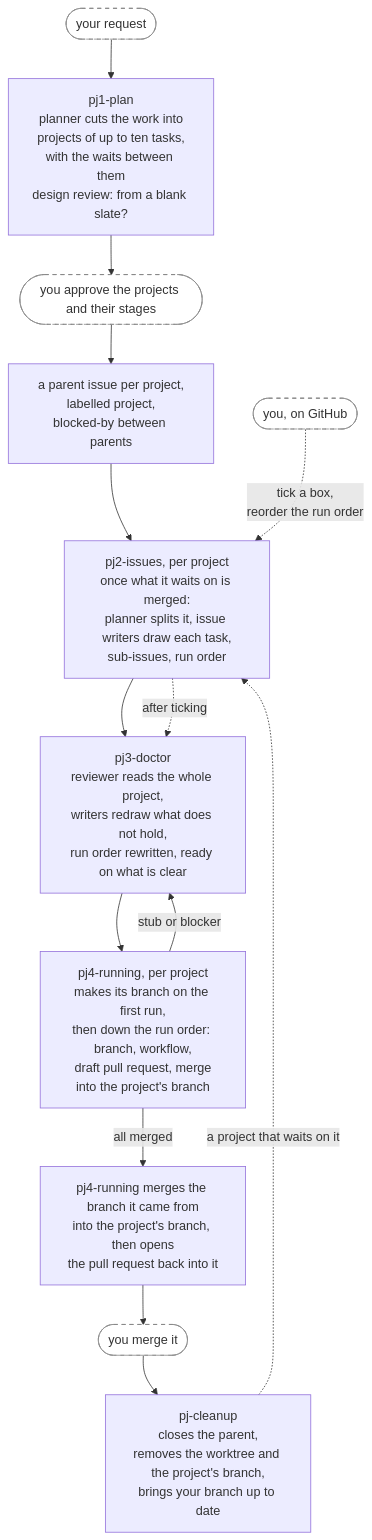
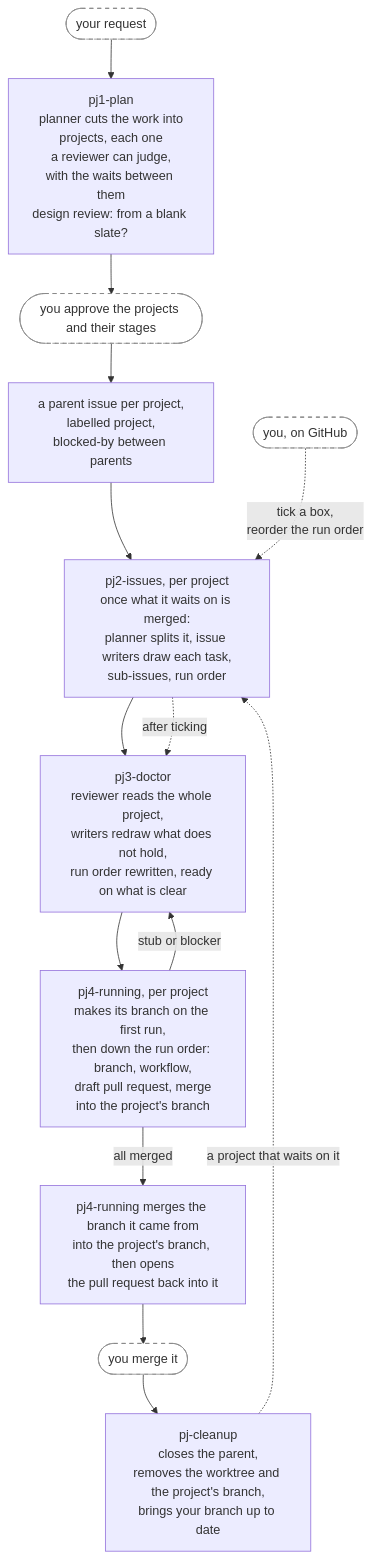
The third of 4 diagrams in plugins/annetaan/README.md (annetaan/claude-plugins), drawn with Mermaid before and after one commit. The commit also changed other lines of this file and 12 other files, not shown here.

First line of the commit message:
feat: split work by coupling and review accuracy, never by count

````diff
--- a/plugins/annetaan/README.md
+++ b/plugins/annetaan/README.md
@@ -318,18 +318,18 @@
 ```mermaid
 flowchart TD
-    req(["your request"]) --> plan["pj1-plan<br/>planner cuts the work into<br/>projects of up to ten tasks,<br/>with the waits between them<br/>design review: from a blank slate?"]
+    req(["your request"]) --> plan["pj1-plan<br/>planner cuts the work into<br/>projects, each one<br/>a reviewer can judge,<br/>with the waits between them<br/>design review: from a blank slate?"]
     plan --> approve(["you approve the projects and their stages"]) --> filed["a parent issue per project,<br/>labelled project,<br/>blocked-by between parents"]
     filed --> split["pj2-issues, per project<br/>once what it waits on is merged:<br/>planner splits it, issue writers draw each task,<br/>sub-issues, run order"]
     split --> doctor["pj3-doctor<br/>reviewer reads the whole project,<br/>writers redraw what does not hold,<br/>run order rewritten, ready on what is clear"]
     doctor --> run["pj4-running, per project<br/>makes its branch on the first run,<br/>then down the run order: branch, workflow,<br/>draft pull request, merge<br/>into the project's branch"]
     run -->|"stub or blocker"| doctor
     run -->|"all merged"| pr["pj4-running merges the branch it came from<br/>into the project's branch, then opens<br/>the pull request back into it"]
     pr --> done(["you merge it"]) --> cleanup["pj-cleanup<br/>closes the parent,<br/>removes the worktree and the project's branch,<br/>brings your branch up to date"]
     cleanup -.->|"a project that waits on it"| split
 
     you(["you, on GitHub"]) -.->|"tick a box,<br/>reorder the run order"| split
     split -.->|"after ticking"| doctor
 
     classDef human fill:#fff,stroke:#888,stroke-dasharray: 5 5
     class req,approve,you,done human
 ```
````
